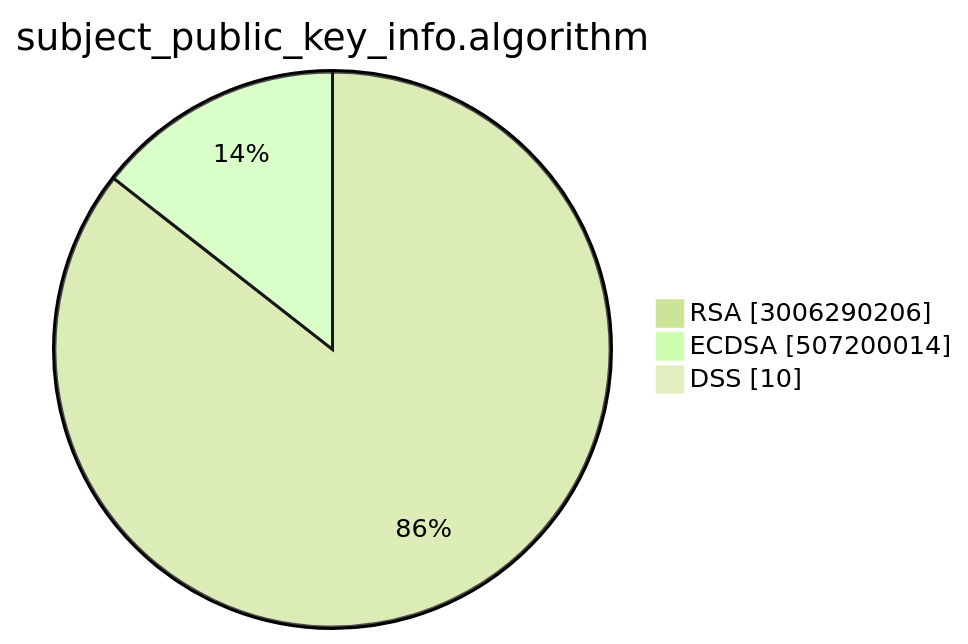
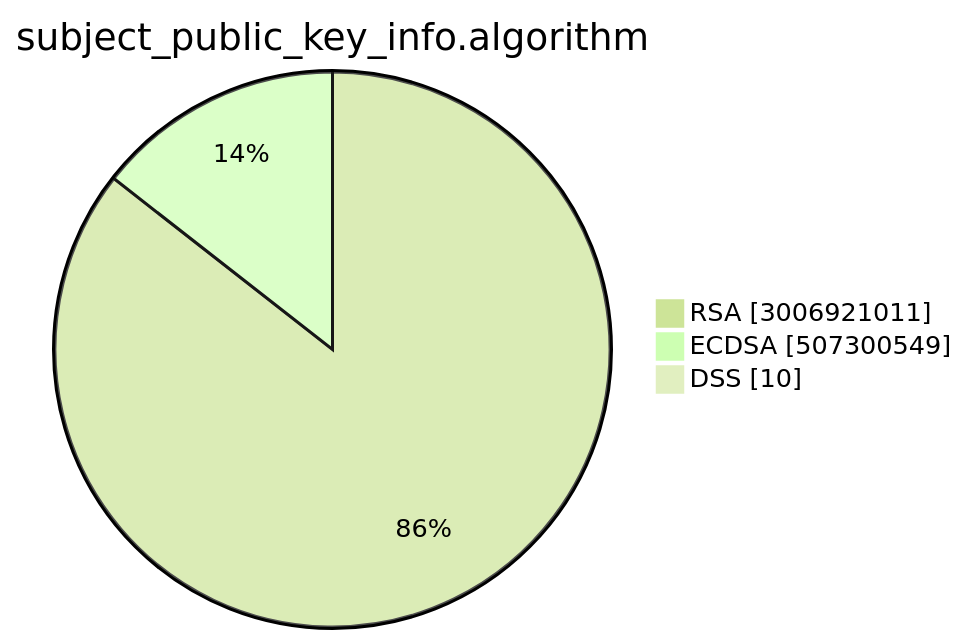
The second of 15 diagrams in TOTAL/README.md (christiankrug/ctmonitor_visualization), drawn with Mermaid (forest theme) before and after one commit. The commit also changed other lines of this file, not shown here.

````diff
--- a/TOTAL/README.md
+++ b/TOTAL/README.md
@@ -6,7 +6,7 @@
 ```mermaid
 pie showData
 title subject_public_key_info.algorithm
-"RSA" :3006290206
-"ECDSA" :507200014
+"RSA" :3006921011
+"ECDSA" :507300549
 "DSS" :10
 ```
````
